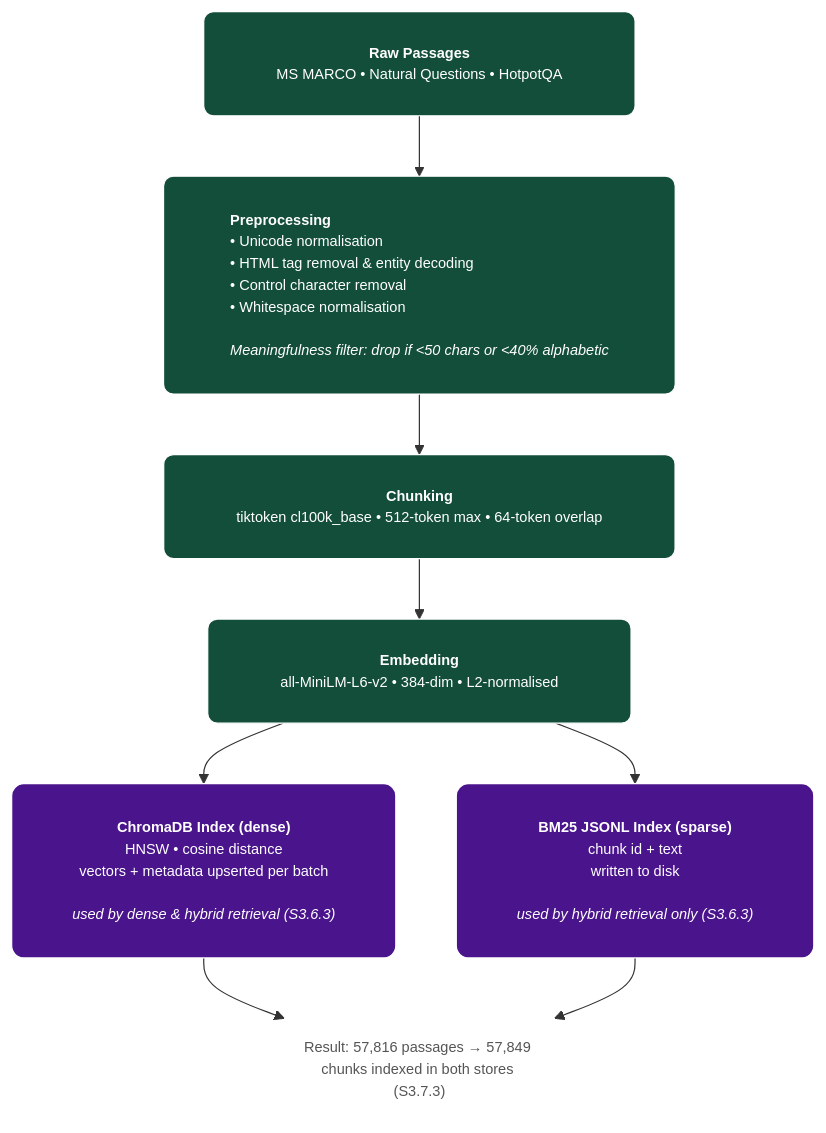
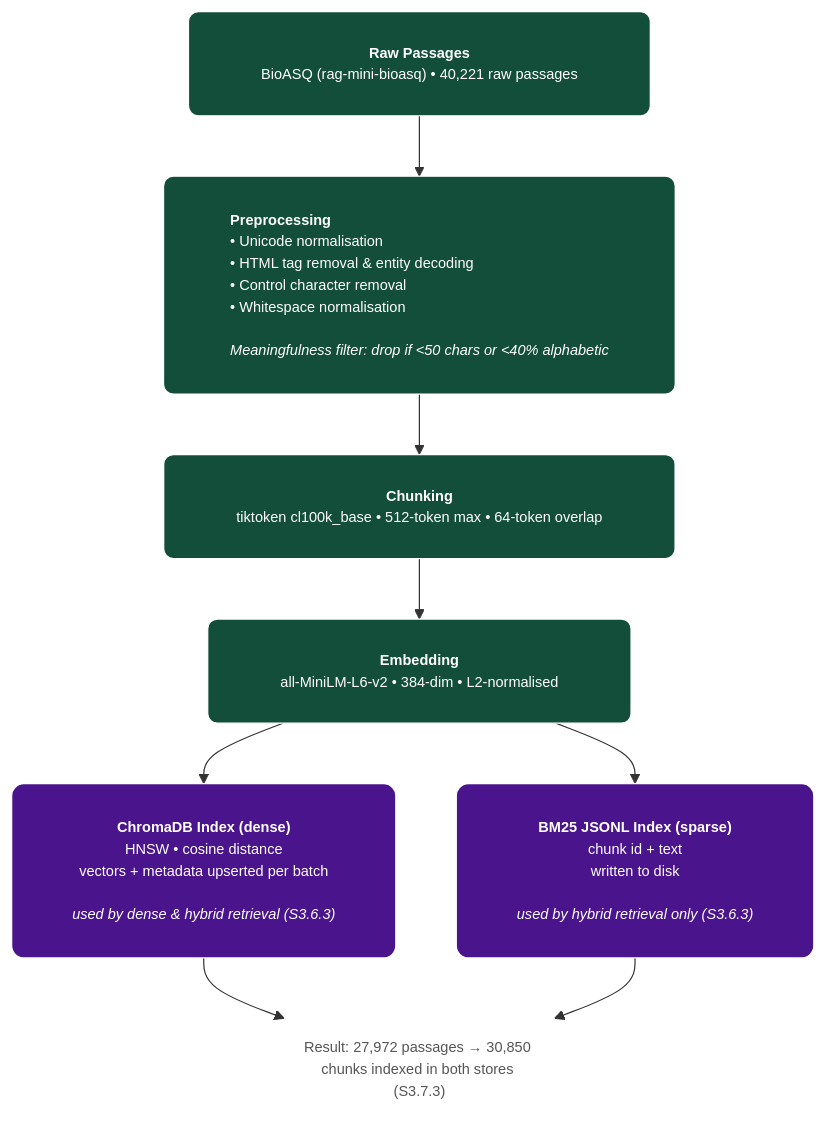
The diagram in docs/diagrams/ragscope_ingestion_pipeline_flow.mmd (samueladole/MDATS79), drawn with Mermaid before and after one commit. The commit also changed 2 other files, not shown here.

Commit message:
Update Mermaid diagram sources for BioASQ
Content-only edits (labels, passage/query counts) to the .mmd sources
so they're correct whenever they're next rendered; rendering itself
requires Node/mermaid-cli, unavailable in this environment.

```diff
--- a/docs/diagrams/ragscope_ingestion_pipeline_flow.mmd
+++ b/docs/diagrams/ragscope_ingestion_pipeline_flow.mmd
@@ -1,31 +1,31 @@
 graph TD
     %% Custom Styles
     classDef green fill:#134E3A,stroke:#ffffff,color:#ffffff,rx:8px,ry:8px;
     classDef purple fill:#4A148C,stroke:#ffffff,color:#ffffff,rx:10px,ry:10px;
     classDef label fill:none,stroke:none,color:#555555,font-size:12px;
 
     %% Pipeline Nodes
-    P1["<div style='white-space: nowrap; padding: 10px 30px; text-align: center;'><strong>Raw Passages</strong><br/>MS MARCO • Natural Questions • HotpotQA</div>"]:::green
+    P1["<div style='white-space: nowrap; padding: 10px 30px; text-align: center;'><strong>Raw Passages</strong><br/>BioASQ (rag-mini-bioasq) • 40,221 raw passages</div>"]:::green
 
     P2["<div style='white-space: nowrap; padding: 12px 25px; text-align: left;'><strong>Preprocessing</strong><br/>• Unicode normalisation<br/>• HTML tag removal & entity decoding<br/>• Control character removal<br/>• Whitespace normalisation<br/><br/><i>Meaningfulness filter: drop if <50 chars or <40% alphabetic</i></div>"]:::green
 
     P3["<div style='white-space: nowrap; padding: 10px 30px; text-align: center;'><strong>Chunking</strong><br/>tiktoken cl100k_base • 512-token max • 64-token overlap</div>"]:::green
 
     P4["<div style='white-space: nowrap; padding: 10px 30px; text-align: center;'><strong>Embedding</strong><br/>all-MiniLM-L6-v2 • 384-dim • L2-normalised</div>"]:::green
 
     %% Storage Index Nodes
     I1["<div style='white-space: nowrap; padding: 12px 20px; text-align: center;'><strong>ChromaDB Index (dense)</strong><br/>HNSW • cosine distance<br/>vectors + metadata upserted per batch<br/><br/><i>used by dense & hybrid retrieval (S3.6.3)</i></div>"]:::purple
 
     I2["<div style='white-space: nowrap; padding: 12px 20px; text-align: center;'><strong>BM25 JSONL Index (sparse)</strong><br/>chunk id + text<br/>written to disk<br/><br/><i>used by hybrid retrieval only (S3.6.3)</i></div>"]:::purple
 
     %% Connections
     P1 --> P2
     P2 --> P3
     P3 --> P4
     P4 --> I1
     P4 --> I2
 
     %% Result Footer
-    RESULT["Result: 57,816 passages → 57,849 chunks indexed in both stores (S3.7.3)"]:::label
+    RESULT["Result: 27,972 passages → 30,850 chunks indexed in both stores (S3.7.3)"]:::label
     I1 --> RESULT
     I2 --> RESULT
```
